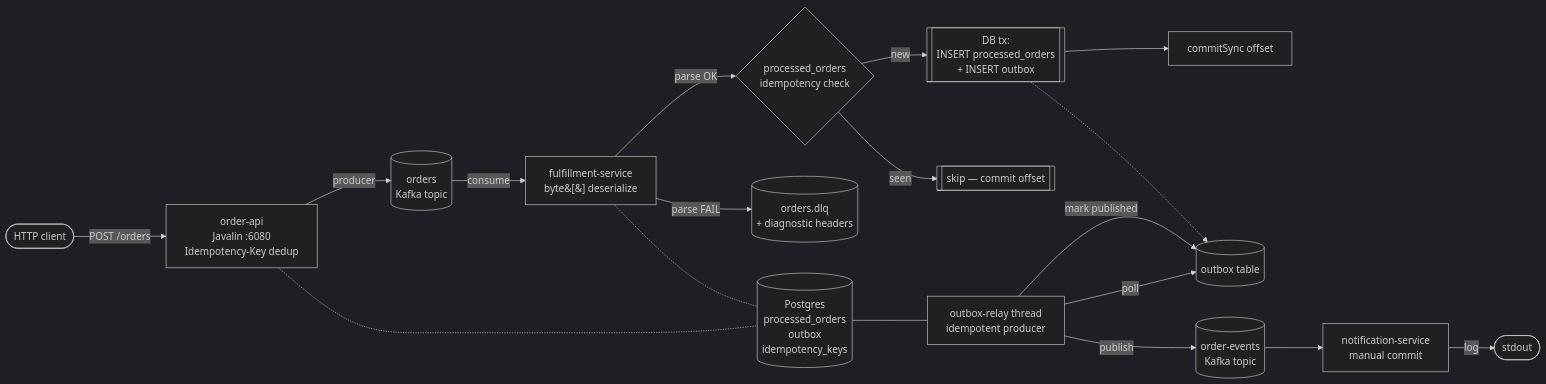
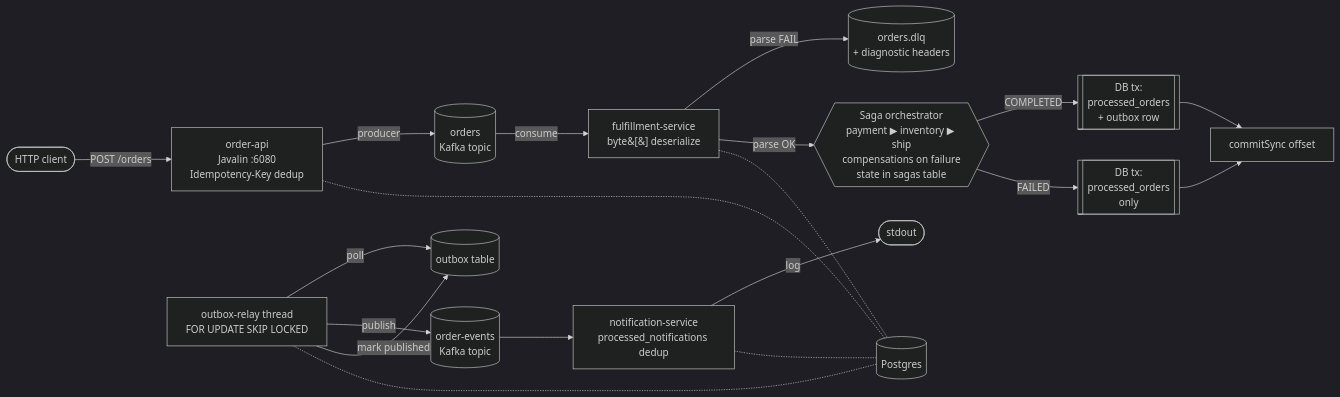
The diagram in README.md (steve-weiland/order-processing-system), drawn with Mermaid (dark theme) before and after one commit. The commit also changed other lines of this file and 2 other files, not shown here.

First line of the commit message:
Final V3 review: roadmap update + V1→V3 framing across docs

````diff
--- a/README.md
+++ b/README.md
@@ -27,20 +27,22 @@
 ```mermaid
 flowchart LR
     client([HTTP client]) -- POST /orders --> api[order-api<br/>Javalin :6080<br/>Idempotency-Key dedup]
     api -- producer --> orders[(orders<br/>Kafka topic)]
     orders -- consume --> ful[fulfillment-service<br/>byte&#91;&#93; deserialize]
-    ful -- parse OK --> idemp{processed_orders<br/>idempotency check}
-    idemp -- new --> tx[[DB tx:<br/>INSERT processed_orders<br/>+ INSERT outbox]]
-    idemp -- seen --> skip[[skip — commit offset]]
-    tx --> commit[commitSync offset]
     ful -- parse FAIL --> dlq[(orders.dlq<br/>+ diagnostic headers)]
-    relay[outbox-relay thread<br/>idempotent producer] -- poll --> outbox[(outbox table)]
+    ful -- parse OK --> saga{{Saga orchestrator<br/>payment ▶ inventory ▶ ship<br/>compensations on failure<br/>state in sagas table}}
+    saga -- COMPLETED --> txOk[[DB tx:<br/>processed_orders<br/>+ outbox row]]
+    saga -- FAILED --> txFail[[DB tx:<br/>processed_orders<br/>only]]
+    txOk --> commit[commitSync offset]
+    txFail --> commit
+    relay[outbox-relay thread<br/>FOR UPDATE SKIP LOCKED] -- poll --> outbox[(outbox table)]
     relay -- publish --> events[(order-events<br/>Kafka topic)]
     relay -- mark published --> outbox
-    events --> notif[notification-service<br/>manual commit]
+    events --> notif[notification-service<br/>processed_notifications dedup]
     notif -- log --> stdout([stdout])
-    api -.- pg[(Postgres<br/>processed_orders<br/>outbox<br/>idempotency_keys)]
+    pg[(Postgres)]
+    api -.- pg
     ful -.- pg
-    tx -.-> outbox
-    pg --- relay
+    relay -.- pg
+    notif -.- pg
 ```
````
